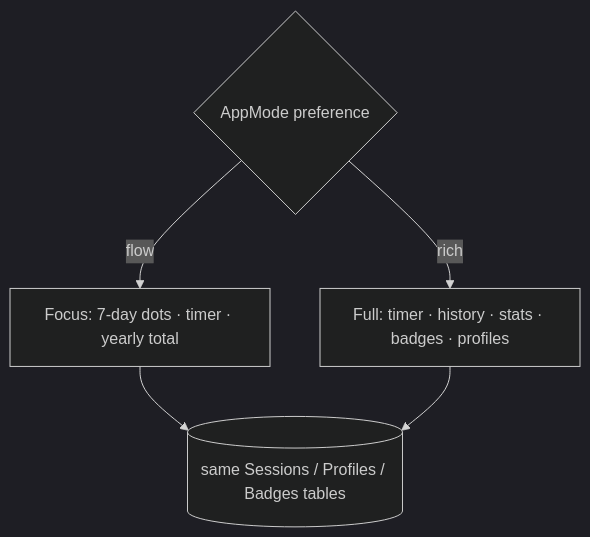
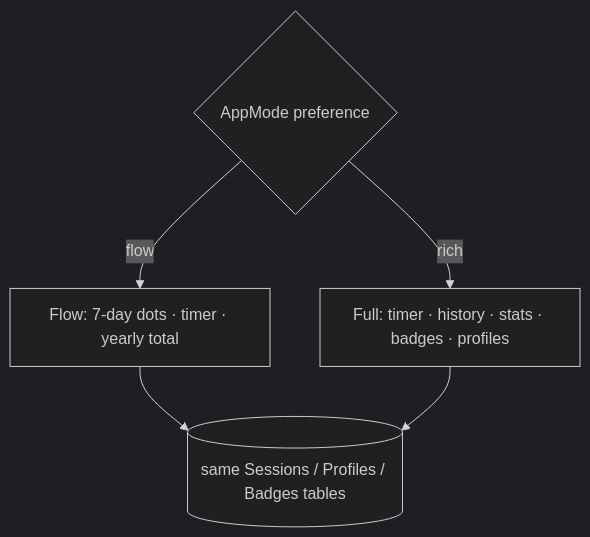
Before and after one commit to levitatingflyfisher/Sundial: the third of 3 diagrams in docs/architecture/OVERVIEW.md, drawn with Mermaid (dark theme). The commit also changed other lines of this file and 45 other files, not shown here.

````diff
--- a/docs/architecture/OVERVIEW.md
+++ b/docs/architecture/OVERVIEW.md
@@ -96,7 +96,7 @@
 ```mermaid
 flowchart TB
     pref{AppMode preference}
-    pref -->|flow| focus[Focus: 7-day dots · timer · yearly total]
+    pref -->|flow| focus[Flow: 7-day dots · timer · yearly total]
     pref -->|rich| full[Full: timer · history · stats · badges · profiles]
     focus & full --> same[(same Sessions / Profiles / Badges tables)]
 ```
````
